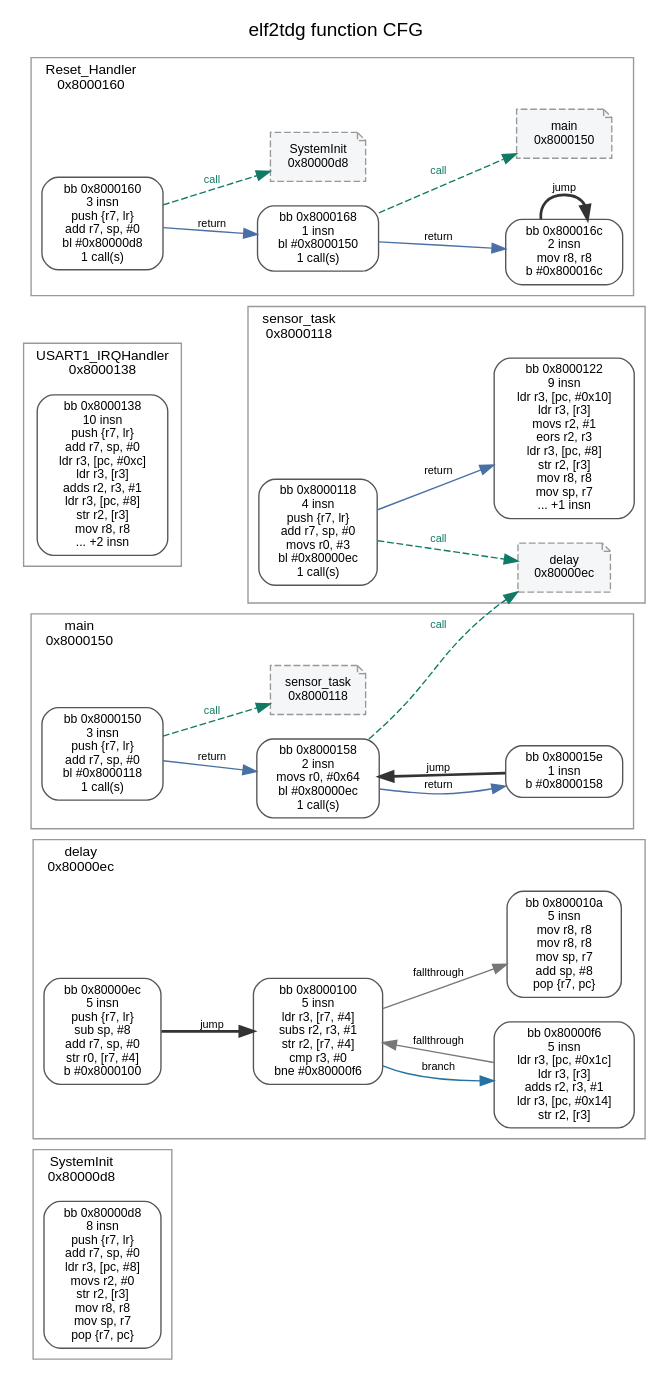
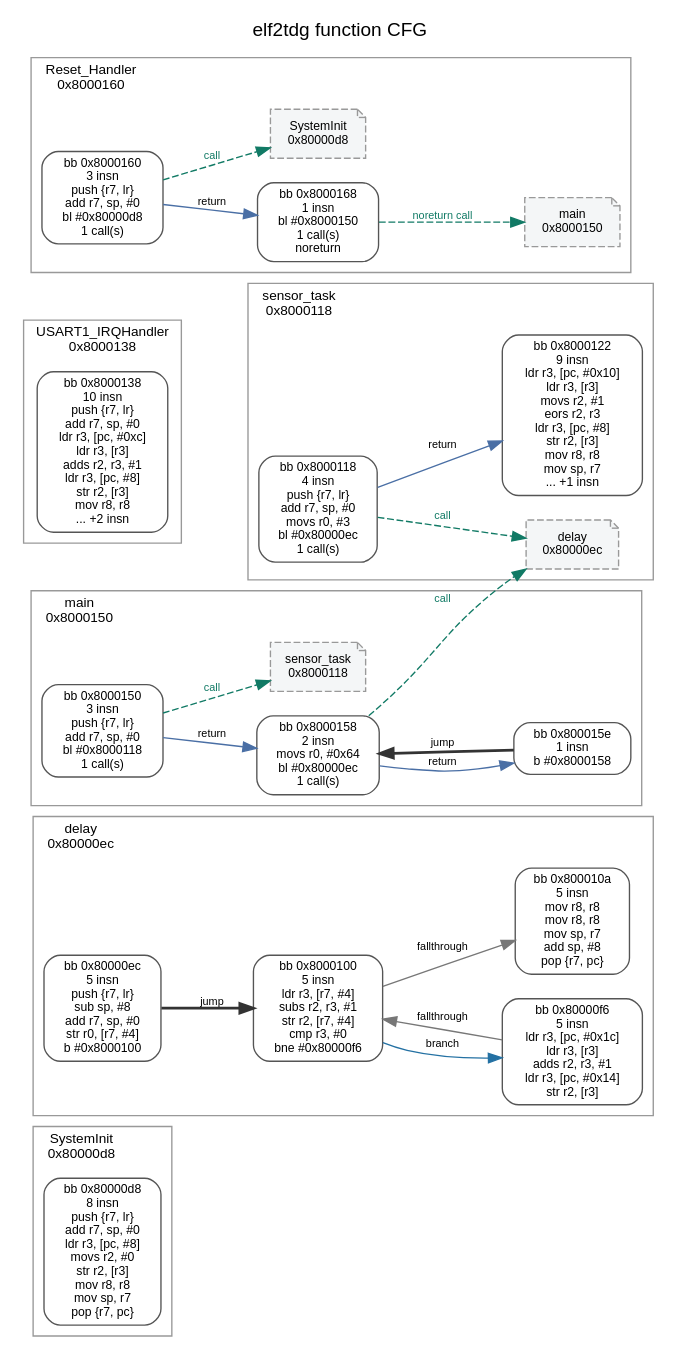
One commit to kevindadi/elf2tdg changed the diagram in examples/cortex-m0-isr/artifacts/cfg-system.dot. Above: the diagram before and after it, drawn with Graphviz. The commit also changed 22 other files, not shown here.

```diff
--- a/examples/cortex-m0-isr/artifacts/cfg-system.dot
+++ b/examples/cortex-m0-isr/artifacts/cfg-system.dot
@@ -1,58 +1,55 @@
 digraph cfg {
   rankdir=LR;
   graph [fontname="Helvetica", label="elf2tdg function CFG", labelloc=t];
   node [fontname="Helvetica", fontsize=9, shape=box, style="rounded,filled", fillcolor="#ffffff", color="#555555"];
   edge [fontname="Helvetica", fontsize=8];
   subgraph cluster_cfg_0 {
     label="SystemInit\n0x80000d8"; labeljust=l; fontsize=10; color="#999999";
     "bb:0x80000d8" [label="bb 0x80000d8\n8 insn\npush {r7, lr}\nadd r7, sp, #0\nldr r3, [pc, #8]\nmovs r2, #0\nstr r2, [r3]\nmov r8, r8\nmov sp, r7\npop {r7, pc}"];
   }
   subgraph cluster_cfg_1 {
     label="delay\n0x80000ec"; labeljust=l; fontsize=10; color="#999999";
     "bb:0x80000ec" [label="bb 0x80000ec\n5 insn\npush {r7, lr}\nsub sp, #8\nadd r7, sp, #0\nstr r0, [r7, #4]\nb #0x8000100"];
     "bb:0x80000f6" [label="bb 0x80000f6\n5 insn\nldr r3, [pc, #0x1c]\nldr r3, [r3]\nadds r2, r3, #1\nldr r3, [pc, #0x14]\nstr r2, [r3]"];
     "bb:0x8000100" [label="bb 0x8000100\n5 insn\nldr r3, [r7, #4]\nsubs r2, r3, #1\nstr r2, [r7, #4]\ncmp r3, #0\nbne #0x80000f6"];
     "bb:0x800010a" [label="bb 0x800010a\n5 insn\nmov r8, r8\nmov r8, r8\nmov sp, r7\nadd sp, #8\npop {r7, pc}"];
     "bb:0x80000ec" -> "bb:0x8000100" [label="jump", color="#333333", style="bold"];
     "bb:0x80000f6" -> "bb:0x8000100" [label="fallthrough", color="#777777", style="solid"];
     "bb:0x8000100" -> "bb:0x80000f6" [label="branch", color="#2471a3", style="solid"];
     "bb:0x8000100" -> "bb:0x800010a" [label="fallthrough", color="#777777", style="solid"];
   }
   subgraph cluster_cfg_2 {
     label="sensor_task\n0x8000118"; labeljust=l; fontsize=10; color="#999999";
     "bb:0x8000118" [label="bb 0x8000118\n4 insn\npush {r7, lr}\nadd r7, sp, #0\nmovs r0, #3\nbl #0x80000ec\n1 call(s)"];
     "bb:0x8000122" [label="bb 0x8000122\n9 insn\nldr r3, [pc, #0x10]\nldr r3, [r3]\nmovs r2, #1\neors r2, r3\nldr r3, [pc, #8]\nstr r2, [r3]\nmov r8, r8\nmov sp, r7\n... +1 insn"];
     "bb:0x8000118" -> "bb:0x8000122" [label="return", color="#4a6fa5", style="solid"];
     "bb:0x8000118" -> "call:fn:0x80000ec" [label="call", color="#117a65", fontcolor="#117a65", style=dashed];
   }
   subgraph cluster_cfg_3 {
     label="USART1_IRQHandler\n0x8000138"; labeljust=l; fontsize=10; color="#999999";
     "bb:0x8000138" [label="bb 0x8000138\n10 insn\npush {r7, lr}\nadd r7, sp, #0\nldr r3, [pc, #0xc]\nldr r3, [r3]\nadds r2, r3, #1\nldr r3, [pc, #8]\nstr r2, [r3]\nmov r8, r8\n... +2 insn"];
   }
   subgraph cluster_cfg_4 {
     label="main\n0x8000150"; labeljust=l; fontsize=10; color="#999999";
     "bb:0x8000150" [label="bb 0x8000150\n3 insn\npush {r7, lr}\nadd r7, sp, #0\nbl #0x8000118\n1 call(s)"];
     "bb:0x8000158" [label="bb 0x8000158\n2 insn\nmovs r0, #0x64\nbl #0x80000ec\n1 call(s)"];
     "bb:0x800015e" [label="bb 0x800015e\n1 insn\nb #0x8000158"];
     "bb:0x8000150" -> "bb:0x8000158" [label="return", color="#4a6fa5", style="solid"];
     "bb:0x8000158" -> "bb:0x800015e" [label="return", color="#4a6fa5", style="solid"];
     "bb:0x800015e" -> "bb:0x8000158" [label="jump", color="#333333", style="bold"];
     "bb:0x8000150" -> "call:fn:0x8000118" [label="call", color="#117a65", fontcolor="#117a65", style=dashed];
     "bb:0x8000158" -> "call:fn:0x80000ec" [label="call", color="#117a65", fontcolor="#117a65", style=dashed];
   }
   subgraph cluster_cfg_5 {
     label="Reset_Handler\n0x8000160"; labeljust=l; fontsize=10; color="#999999";
     "bb:0x8000160" [label="bb 0x8000160\n3 insn\npush {r7, lr}\nadd r7, sp, #0\nbl #0x80000d8\n1 call(s)"];
-    "bb:0x8000168" [label="bb 0x8000168\n1 insn\nbl #0x8000150\n1 call(s)"];
-    "bb:0x800016c" [label="bb 0x800016c\n2 insn\nmov r8, r8\nb #0x800016c"];
+    "bb:0x8000168" [label="bb 0x8000168\n1 insn\nbl #0x8000150\n1 call(s)\nnoreturn"];
     "bb:0x8000160" -> "bb:0x8000168" [label="return", color="#4a6fa5", style="solid"];
-    "bb:0x8000168" -> "bb:0x800016c" [label="return", color="#4a6fa5", style="solid"];
-    "bb:0x800016c" -> "bb:0x800016c" [label="jump", color="#333333", style="bold"];
     "bb:0x8000160" -> "call:fn:0x80000d8" [label="call", color="#117a65", fontcolor="#117a65", style=dashed];
-    "bb:0x8000168" -> "call:fn:0x8000150" [label="call", color="#117a65", fontcolor="#117a65", style=dashed];
+    "bb:0x8000168" -> "call:fn:0x8000150" [label="noreturn call", color="#117a65", fontcolor="#117a65", style=dashed];
   }
   "call:fn:0x80000d8" [label="SystemInit\n0x80000d8", shape=note, style="dashed,filled", fillcolor="#f4f6f7", color="#999999"];
   "call:fn:0x80000ec" [label="delay\n0x80000ec", shape=note, style="dashed,filled", fillcolor="#f4f6f7", color="#999999"];
   "call:fn:0x8000118" [label="sensor_task\n0x8000118", shape=note, style="dashed,filled", fillcolor="#f4f6f7", color="#999999"];
   "call:fn:0x8000150" [label="main\n0x8000150", shape=note, style="dashed,filled", fillcolor="#f4f6f7", color="#999999"];
 }
```
